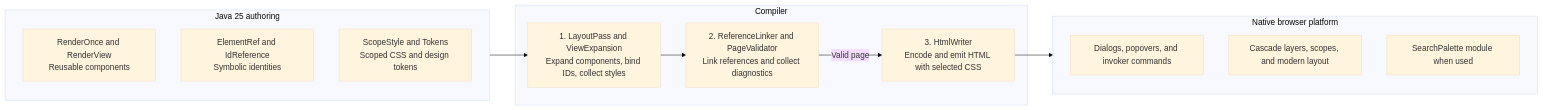
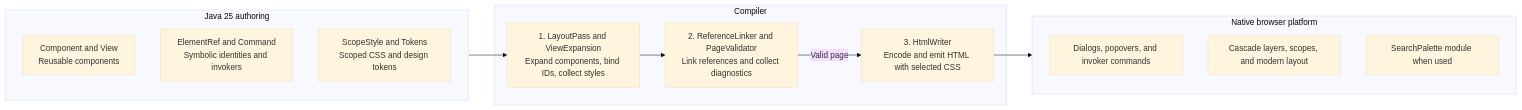
The first of 2 diagrams in README.md (thiagogcm/tessera), drawn with Mermaid (base theme) before and after one commit. The commit also changed other lines of this file and 119 other files, not shown here.

````diff
--- a/README.md
+++ b/README.md
@@ -17,24 +17,24 @@
 ```mermaid
 flowchart LR
     subgraph Authoring["Java 25 authoring"]
-        Components["RenderOnce and RenderView<br/>Reusable components"]
-        References["ElementRef and IdReference<br/>Symbolic identities"]
+        Components["Component and View<br/>Reusable components"]
+        References["ElementRef and Command<br/>Symbolic identities and invokers"]
         Styles["ScopeStyle and Tokens<br/>Scoped CSS and design tokens"]
     end
 
     subgraph Compiler["Compiler"]
         Layout["1. LayoutPass and ViewExpansion<br/>Expand components, bind IDs, collect styles"]
         Prepaint["2. ReferenceLinker and PageValidator<br/>Link references and collect diagnostics"]
         Paint["3. HtmlWriter<br/>Encode and emit HTML with selected CSS"]
         Layout --> Prepaint -->|Valid page| Paint
     end
 
     subgraph Browser["Native browser platform"]
         Controls["Dialogs, popovers, and invoker commands"]
         CSS["Cascade layers, scopes, and modern layout"]
         Search["SearchPalette module when used"]
     end
 
     Authoring --> Layout
     Paint --> Browser
 ```
````
